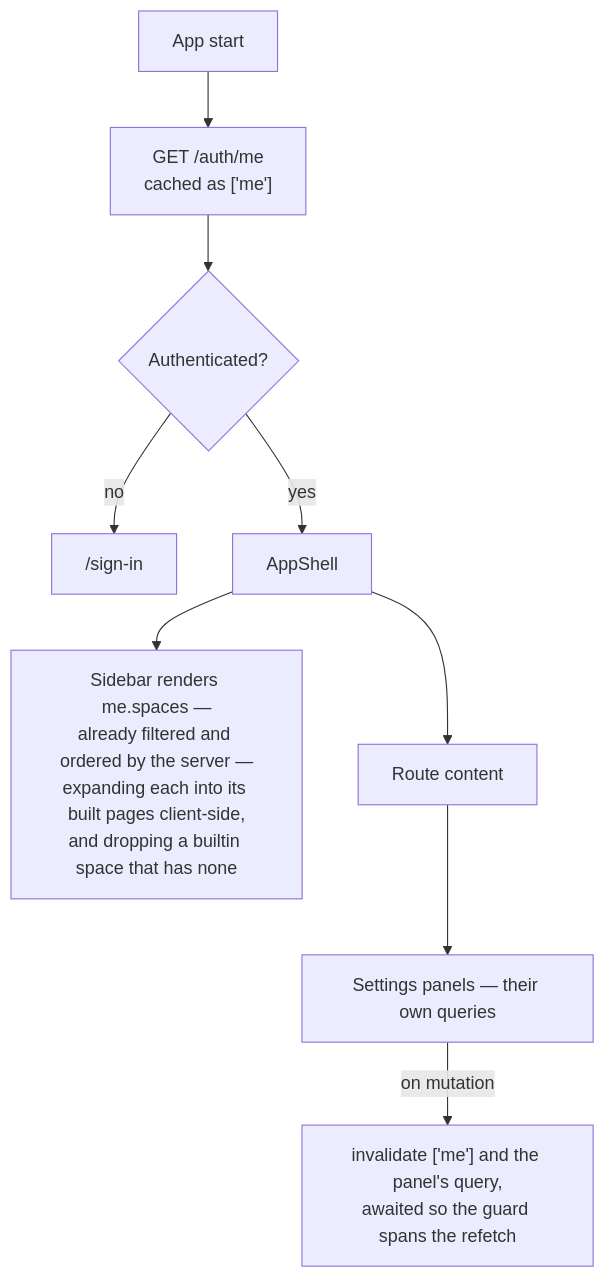
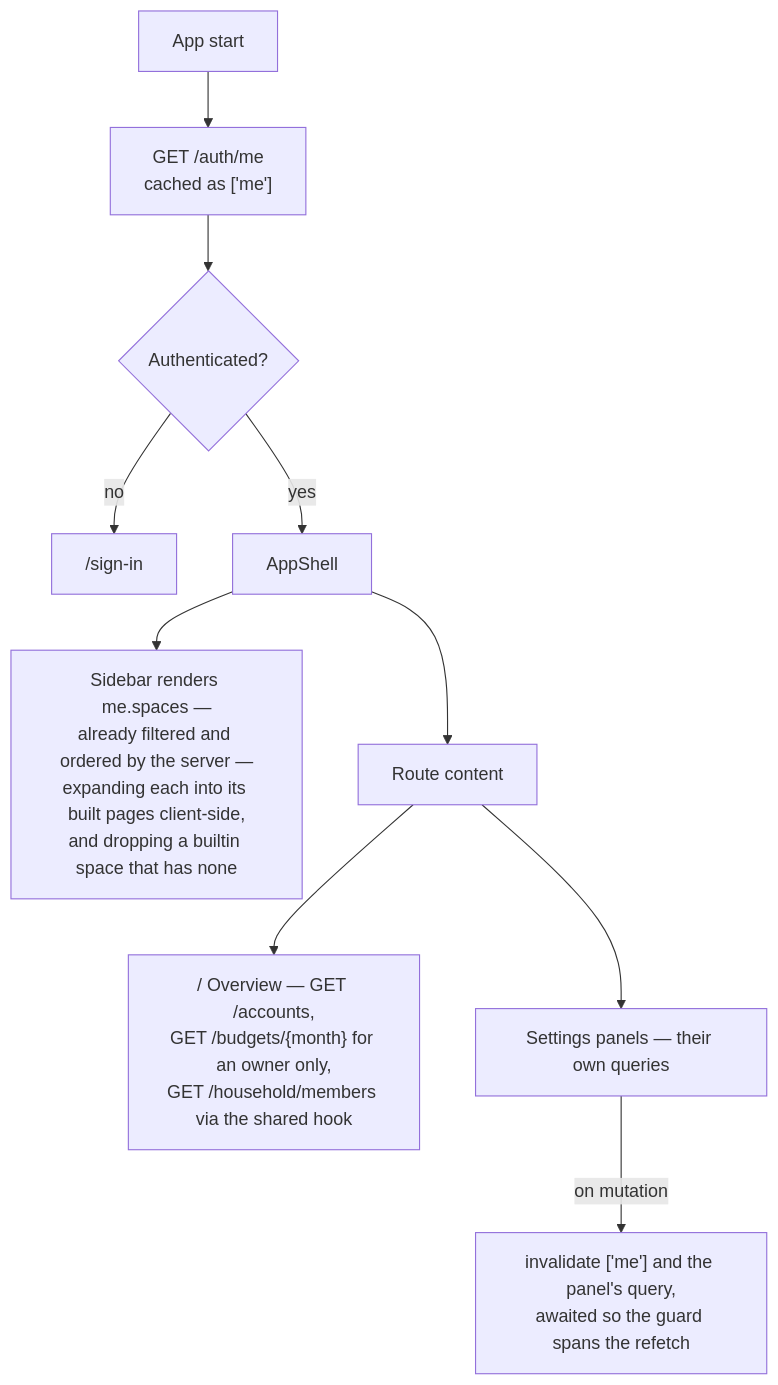
Before and after one commit to oandrz/Household: diagram 11 of 12 in docs/SYSTEM_DESIGN.md, drawn with Mermaid. The commit also changed other lines of this file and 8 other files, not shown here.

````diff
--- a/docs/SYSTEM_DESIGN.md
+++ b/docs/SYSTEM_DESIGN.md
@@ -709,11 +715,12 @@
 ```mermaid
 graph TD
     Boot["App start"] --> Me["GET /auth/me<br/>cached as ['me']"]
     Me --> Guard{"Authenticated?"}
     Guard -->|no| SignIn["/sign-in"]
     Guard -->|yes| Shell["AppShell"]
     Shell --> Sidebar["Sidebar renders me.spaces —<br/>already filtered and ordered by the server —<br/>expanding each into its built pages client-side,<br/>and dropping a builtin space that has none"]
     Shell --> Page["Route content"]
+    Page --> Overview["/ Overview — GET /accounts,<br/>GET /budgets/{month} for an owner only,<br/>GET /household/members via the shared hook"]
     Page --> Settings["Settings panels — their own queries"]
     Settings -->|"on mutation"| Invalidate["invalidate ['me'] and the panel's query,<br/>awaited so the guard spans the refetch"]
 ```
````
